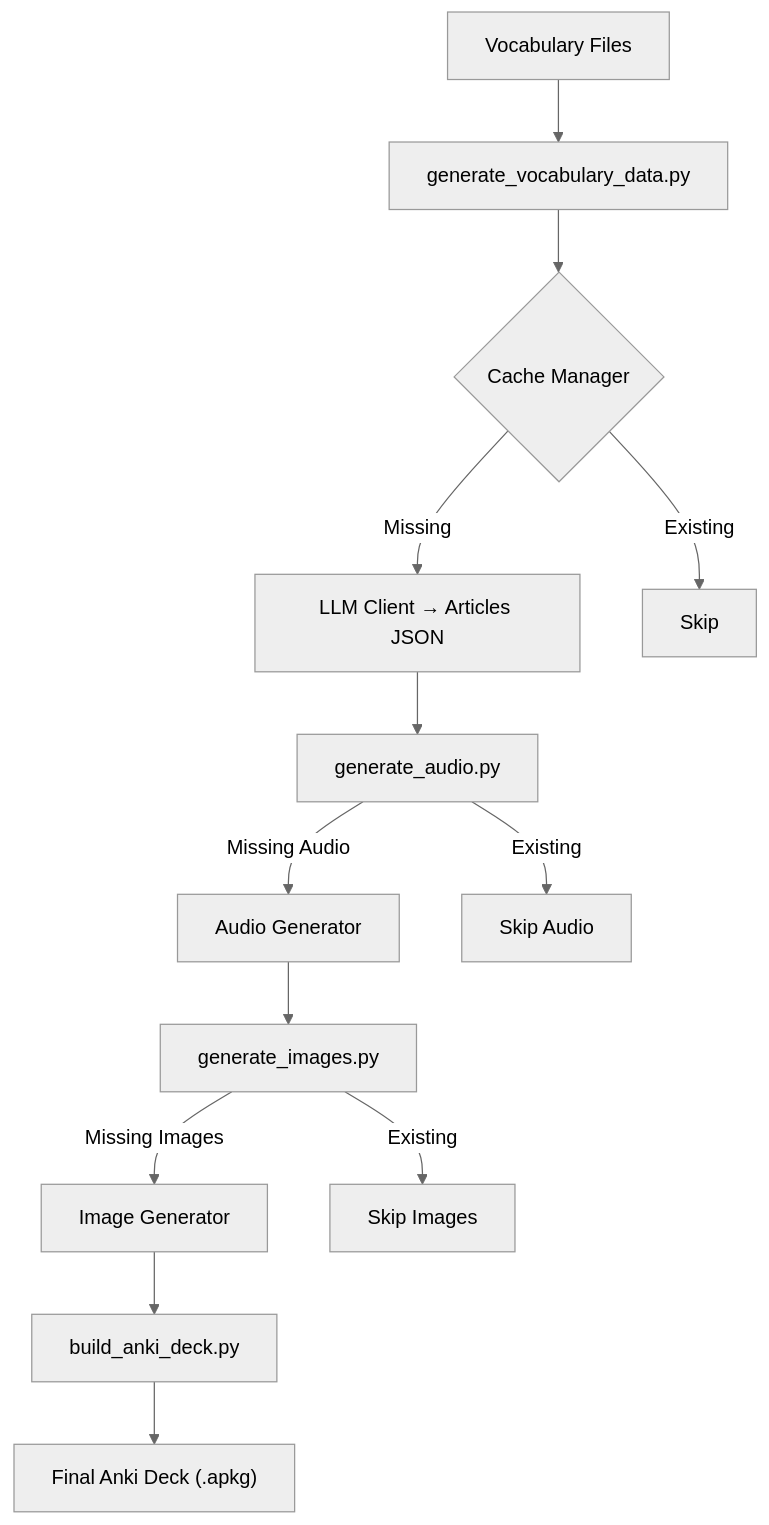
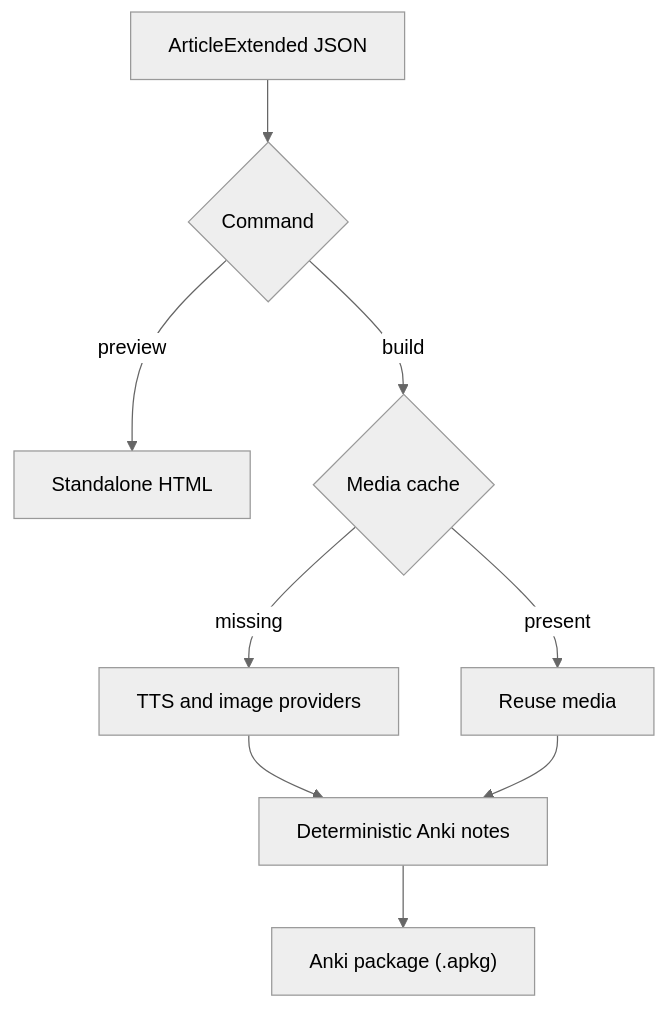
One commit to anton-dergunov/vocab-learning-tools changed the diagram in README.md. Above: the diagram before and after it, drawn with Mermaid (neutral theme). The commit also changed other lines of this file and 22 other files, not shown here.

Commit message:
Refactor Anki generation with deterministic media and HTML preview

````diff
--- a/README.md
+++ b/README.md
@@ -194,18 +215,11 @@
 ```mermaid
 flowchart TD
-    A[Vocabulary Files] --> B[generate_vocabulary_data.py]
-    B --> C{Cache Manager}
-    C -->|Missing| D[LLM Client → Articles JSON]
-    C -->|Existing| E[Skip]
-
-    D --> F[generate_audio.py]
-    F -->|Missing Audio| G[Audio Generator]
-    F -->|Existing| H[Skip Audio]
-
-    G --> I[generate_images.py]
-    I -->|Missing Images| J[Image Generator]
-    I -->|Existing| K[Skip Images]
-
-    J --> L[build_anki_deck.py]
-    L --> M["Final Anki Deck (.apkg)"]
+    A[ArticleExtended JSON] --> B{Command}
+    B -->|preview| C[Standalone HTML]
+    B -->|build| D{Media cache}
+    D -->|missing| E[TTS and image providers]
+    D -->|present| F[Reuse media]
+    E --> G[Deterministic Anki notes]
+    F --> G
+    G --> H["Anki package (.apkg)"]
 ```
````
